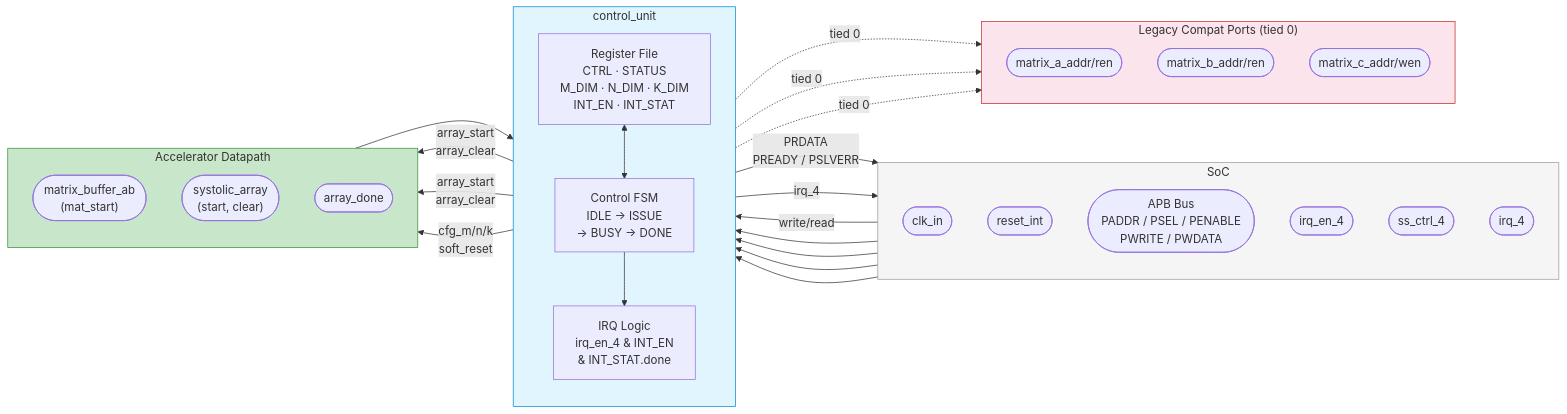
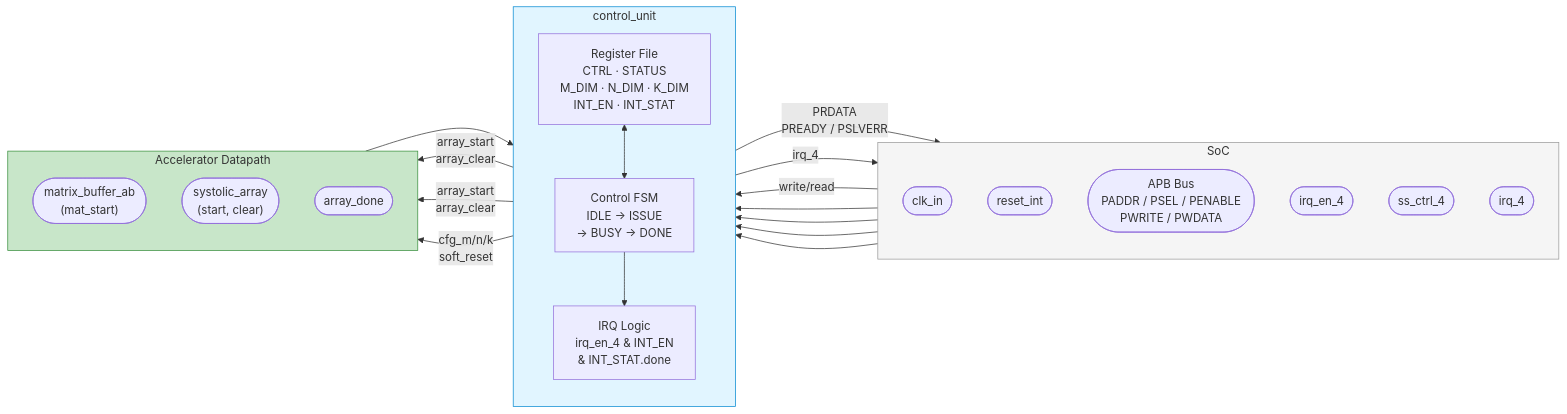
One commit to lithegreat/systolic-array-AI-accelerator changed the first of 2 diagrams in docs/interface/control_unit_if.md. Above: the diagram before and after it, drawn with Mermaid. The commit also changed other lines of this file and 1 other file, not shown here.

First line of the commit message:
docs(interface): drop stale legacy matrix-memory ports

````diff
--- a/docs/interface/control_unit_if.md
+++ b/docs/interface/control_unit_if.md
@@ -20,58 +20,46 @@
 ```mermaid
 flowchart LR
    subgraph SOC["SoC"]
       direction TB
       clk_s(["clk_in"])
       rst_s(["reset_int"])
       apb_s(["APB Bus\nPADDR / PSEL / PENABLE\nPWRITE / PWDATA"])
       irqen_s(["irq_en_4"])
       ssctrl_s(["ss_ctrl_4"])
       irq_s(["irq_4"])
    end
 
    subgraph CU["control_unit"]
       direction TB
       regfile["Register File\nCTRL · STATUS\nM_DIM · N_DIM · K_DIM\nINT_EN · INT_STAT"]
       fsm["Control FSM\nIDLE → ISSUE\n→ BUSY → DONE"]
       irqlogic["IRQ Logic\nirq_en_4 & INT_EN\n& INT_STAT.done"]
       regfile <--> fsm
       fsm --> irqlogic
    end
 
    subgraph ACCEL["Accelerator Datapath"]
       direction TB
       ab(["matrix_buffer_ab\n(mat_start)"])
       arr(["systolic_array\n(start, clear)"])
       done_in(["array_done"])
    end
 
-   subgraph LEGACY["Legacy Compat Ports (tied 0)"]
-      direction TB
-      la(["matrix_a_addr/ren"])
-      lb(["matrix_b_addr/ren"])
-      lc(["matrix_c_addr/wen"])
-   end
-
    clk_s --> CU
    rst_s --> CU
    apb_s -- "write/read" --> regfile
    regfile -- "PRDATA\nPREADY / PSLVERR" --> apb_s
    irqen_s --> irqlogic
    ssctrl_s --> regfile
 
    fsm -- "array_start\narray_clear" --> ab
    fsm -- "array_start\narray_clear" --> arr
    done_in --> fsm
 
    fsm -- "cfg_m/n/k\nsoft_reset" --> ACCEL
    irqlogic -- "irq_4" --> irq_s
 
-   fsm -. "tied 0" .-> la
-   fsm -. "tied 0" .-> lb
-   fsm -. "tied 0" .-> lc
-
    style CU fill:#e1f5ff,stroke:#0288d1
    style SOC fill:#f5f5f5,stroke:#999
    style ACCEL fill:#c8e6c9,stroke:#388e3c
-   style LEGACY fill:#fce4ec,stroke:#c62828
 ```
````
